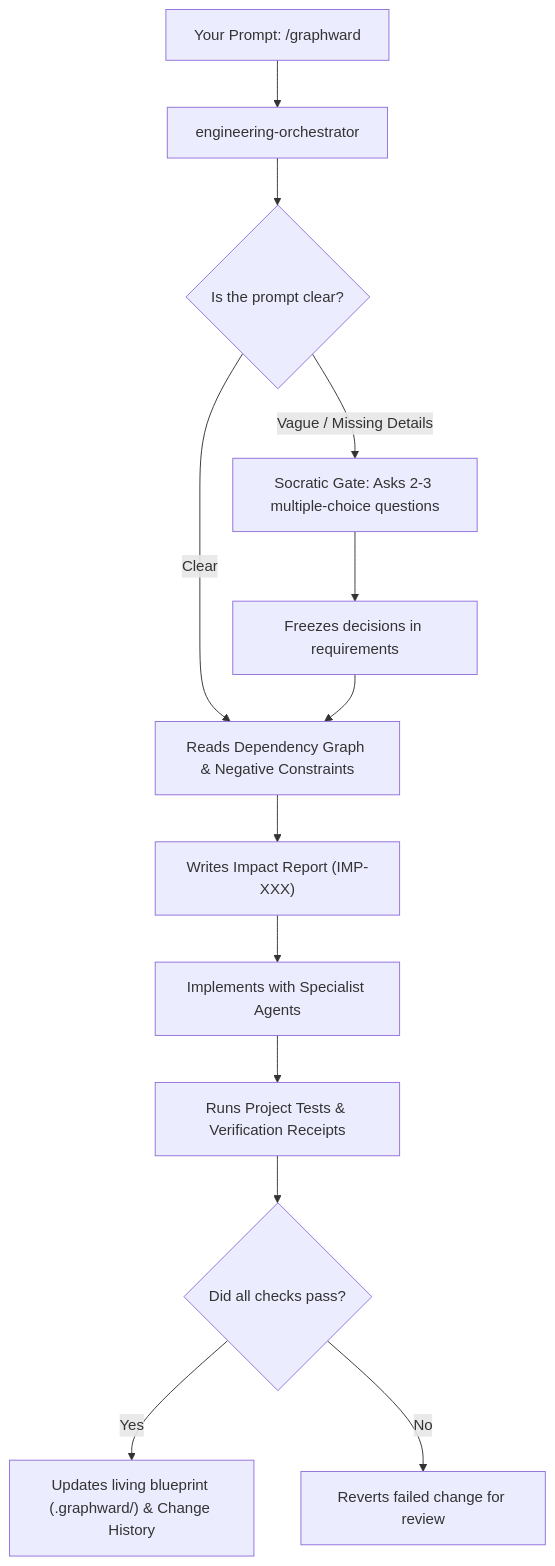
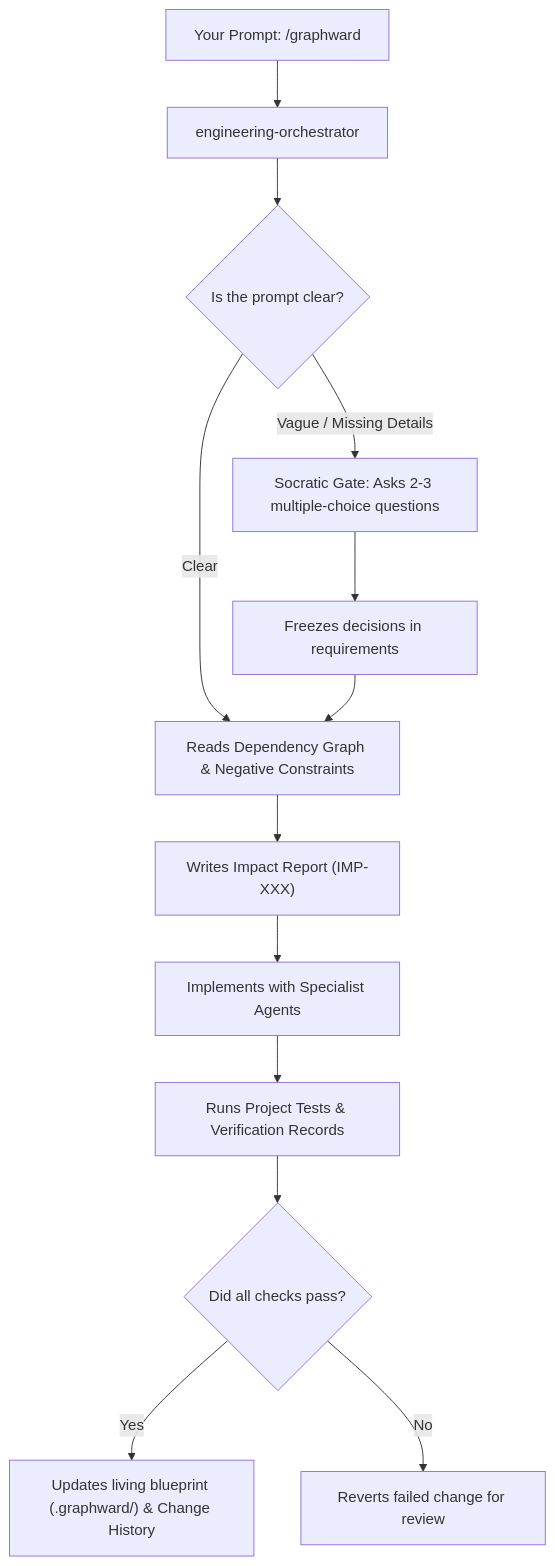
The diagram in README.md (vinideep/graphward), drawn with Mermaid before and after one commit. The commit also changed other lines of this file and 59 other files, not shown here.

````diff
--- a/README.md
+++ b/README.md
@@ -116,15 +65,15 @@
 ```mermaid
 flowchart TD
     User["Your Prompt: /graphward <request>"] --> Orchestrator["engineering-orchestrator"]
     Orchestrator --> Clarity{"Is the prompt clear?"}
     Clarity -->|Vague / Missing Details| Gate["Socratic Gate: Asks 2-3 multiple-choice questions"]
     Gate --> Freezing["Freezes decisions in requirements"]
     Clarity -->|Clear| Blueprint["Reads Dependency Graph & Negative Constraints"]
     Freezing --> Blueprint
     Blueprint --> Impact["Writes Impact Report (IMP-XXX)"]
     Impact --> Implement["Implements with Specialist Agents"]
-    Implement --> Verify["Runs Project Tests & Verification Receipts"]
+    Implement --> Verify["Runs Project Tests & Verification Records"]
     Verify --> Verification{"Did all checks pass?"}
     Verification -->|Yes| Sync["Updates living blueprint (.graphward/) & Change History"]
     Verification -->|No| Revert["Reverts failed change for review"]
 ```
````
